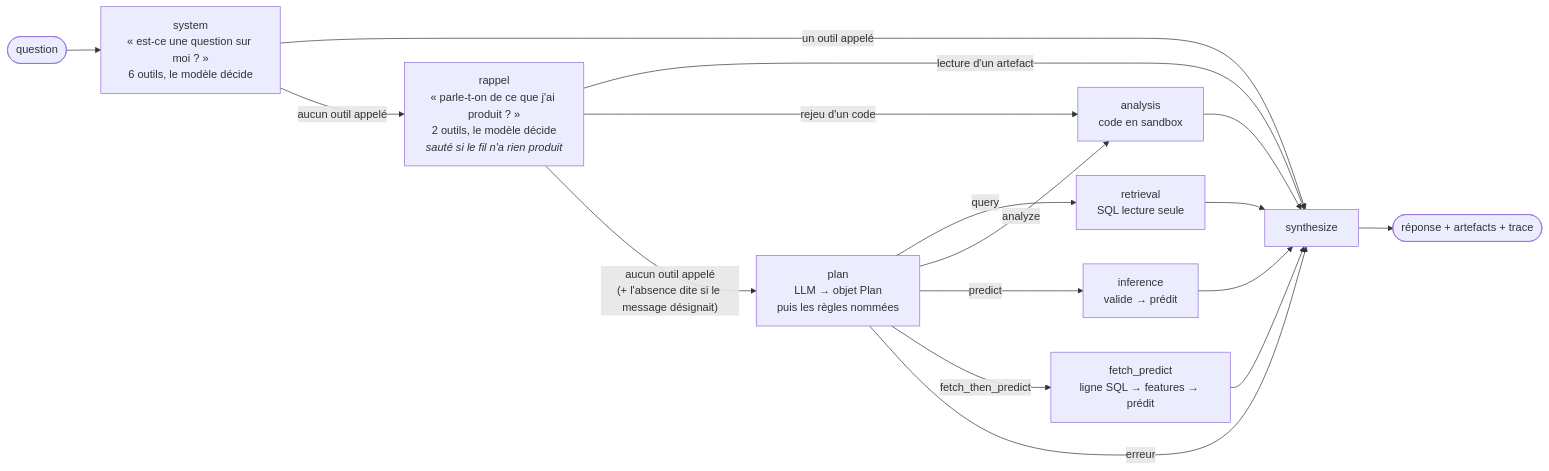
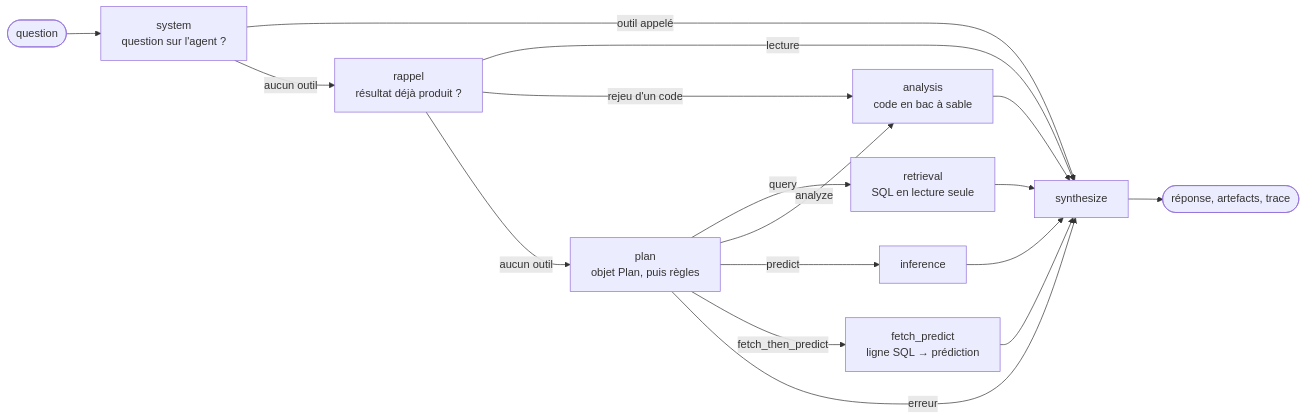
Before and after one commit to floSa/data-analyst-agent: the second of 2 diagrams in docs/ARCHITECTURE.md, drawn with Mermaid. The commit also changed other lines of this file and 8 other files, not shown here.

First line of the commit message:
docs: une forme commune pour les huit documents de référence

````diff
--- a/docs/ARCHITECTURE.md
+++ b/docs/ARCHITECTURE.md
@@ -86,19 +76,19 @@
 ```mermaid
 flowchart LR
-    Q(["question"]) --> SYS["system<br/>« est-ce une question sur moi ? »<br/>6 outils, le modèle décide"]
-    SYS -->|"un outil appelé"| SYN["synthesize"]
-    SYS -->|"aucun outil appelé"| RAP["rappel<br/>« parle-t-on de ce que j'ai produit ? »<br/>2 outils, le modèle décide<br/><i>sauté si le fil n'a rien produit</i>"]
-    RAP -->|"lecture d'un artefact"| SYN
+    Q(["question"]) --> SYS["system<br/>question sur l'agent ?"]
+    SYS -->|"outil appelé"| SYN["synthesize"]
+    SYS -->|"aucun outil"| RAP["rappel<br/>résultat déjà produit ?"]
+    RAP -->|"lecture"| SYN
     RAP -->|"rejeu d'un code"| ANAL
-    RAP -->|"aucun outil appelé<br/>(+ l'absence dite si le message désignait)"| PLAN["plan<br/>LLM → objet Plan<br/>puis les règles nommées"]
-    PLAN -->|"query"| RETR["retrieval<br/>SQL lecture seule"]
-    PLAN -->|"analyze"| ANAL["analysis<br/>code en sandbox"]
-    PLAN -->|"predict"| INFE["inference<br/>valide → prédit"]
-    PLAN -->|"fetch_then_predict"| FP["fetch_predict<br/>ligne SQL → features → prédit"]
+    RAP -->|"aucun outil"| PLAN["plan<br/>objet Plan, puis règles"]
+    PLAN -->|"query"| RETR["retrieval<br/>SQL en lecture seule"]
+    PLAN -->|"analyze"| ANAL["analysis<br/>code en bac à sable"]
+    PLAN -->|"predict"| INFE["inference"]
+    PLAN -->|"fetch_then_predict"| FP["fetch_predict<br/>ligne SQL → prédiction"]
     PLAN -->|"erreur"| SYN
     RETR --> SYN
     ANAL --> SYN
     INFE --> SYN
     FP --> SYN
-    SYN --> R(["réponse + artefacts + trace"])
+    SYN --> R(["réponse, artefacts, trace"])
 ```
````
